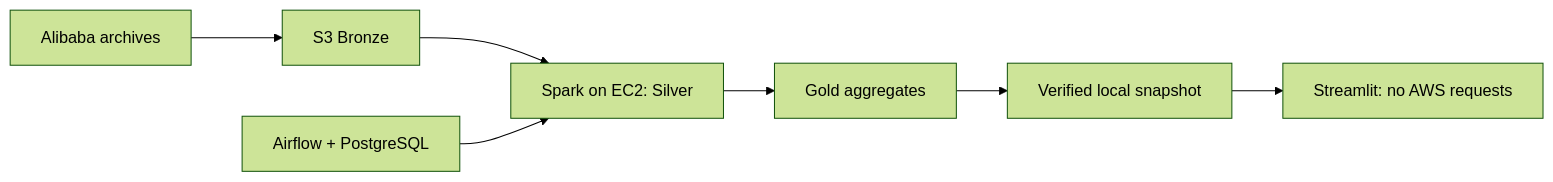
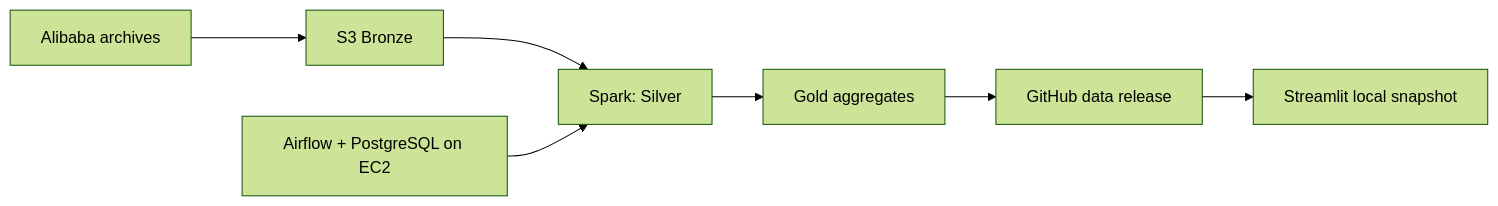
Before and after one commit to shrutidoshi94/gpu-fleet-analytics: the diagram in README.md, drawn with Mermaid (forest theme). The commit also changed other lines of this file and 94 other files, not shown here.

````diff
--- a/README.md
+++ b/README.md
@@ -20,9 +32,9 @@
 ```mermaid
 flowchart LR
     A[Alibaba archives] --> B[S3 Bronze]
-    B --> C[Spark on EC2: Silver]
-    D[Airflow + PostgreSQL] --> C
+    B --> C[Spark: Silver]
+    D[Airflow + PostgreSQL on EC2] --> C
     C --> E[Gold aggregates]
-    E --> F[Verified local snapshot]
-    F --> G[Streamlit: no AWS requests]
+    E --> F[GitHub data release]
+    F --> G[Streamlit local snapshot]
 ```
````
